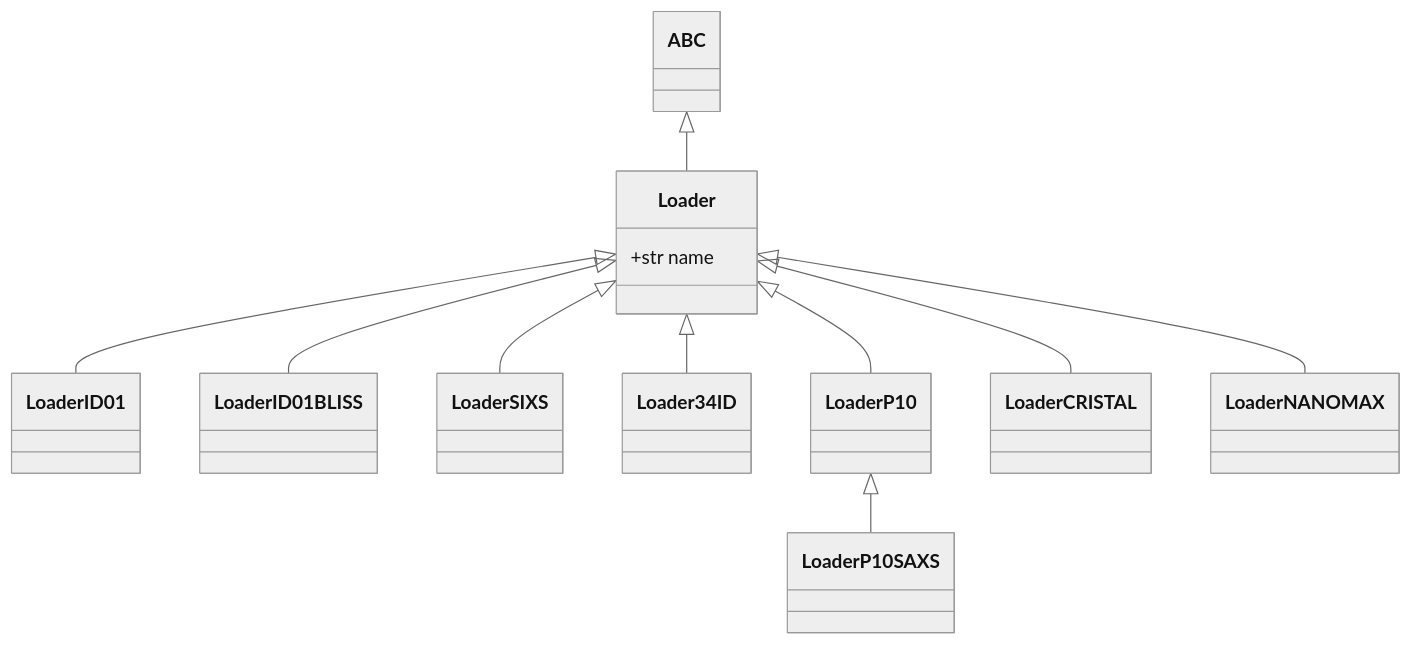
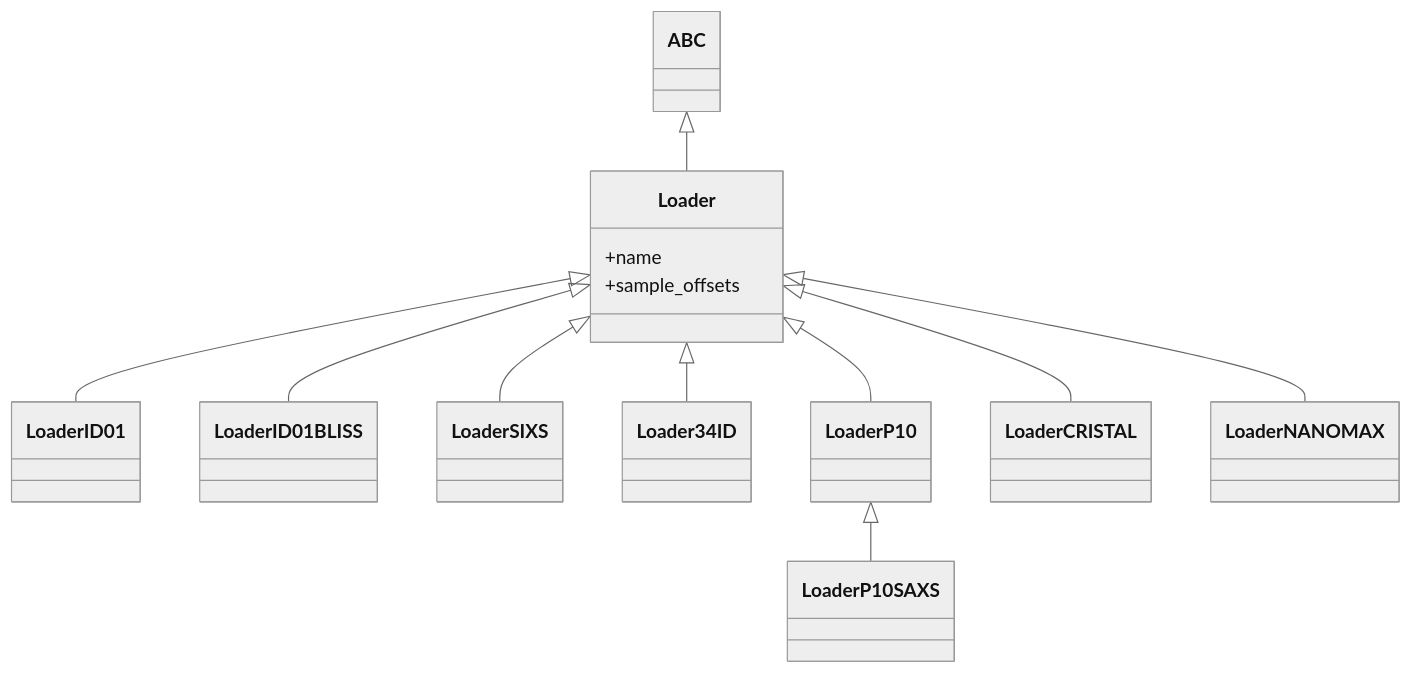
Before and after one commit to carnisj/bcdi: the fourth of 4 diagrams in doc/modules/experiment/index.rst, drawn with Mermaid (neutral theme). The commit also changed other lines of this file, not shown here.

```diff
--- a/doc/modules/experiment/index.rst
+++ b/doc/modules/experiment/index.rst
@@ -149,16 +138,17 @@
 .. mermaid::
   :align: center
 
   classDiagram
     class Loader{
-      +str name
+      +name
+      +sample_offsets
   }
     ABC <|-- Loader
     Loader <|-- LoaderID01
     Loader <|-- LoaderID01BLISS
     Loader <|-- LoaderSIXS
     Loader <|-- Loader34ID
     Loader <|-- LoaderP10
     LoaderP10 <|-- LoaderP10SAXS
     Loader <|-- LoaderCRISTAL
     Loader <|-- LoaderNANOMAX
```
